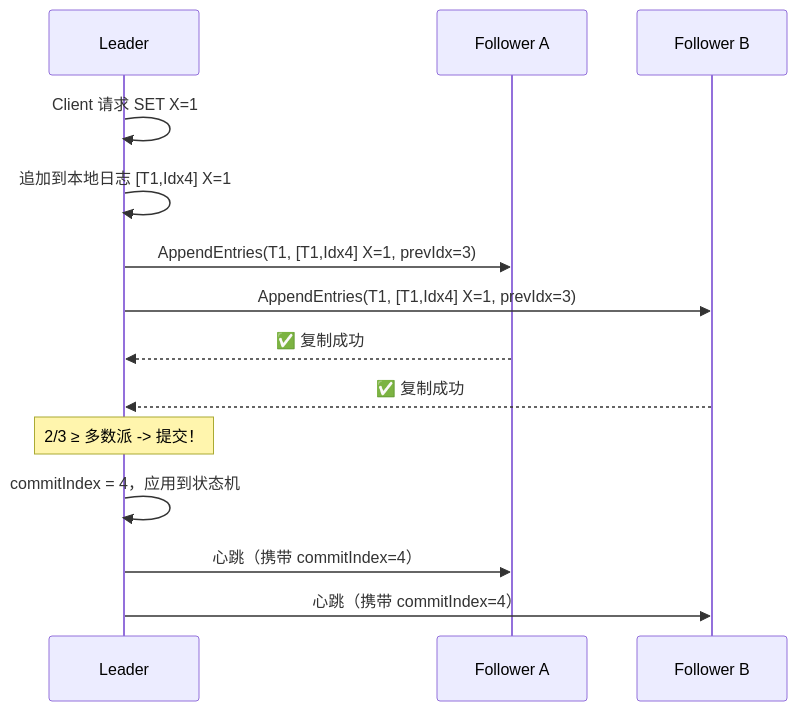
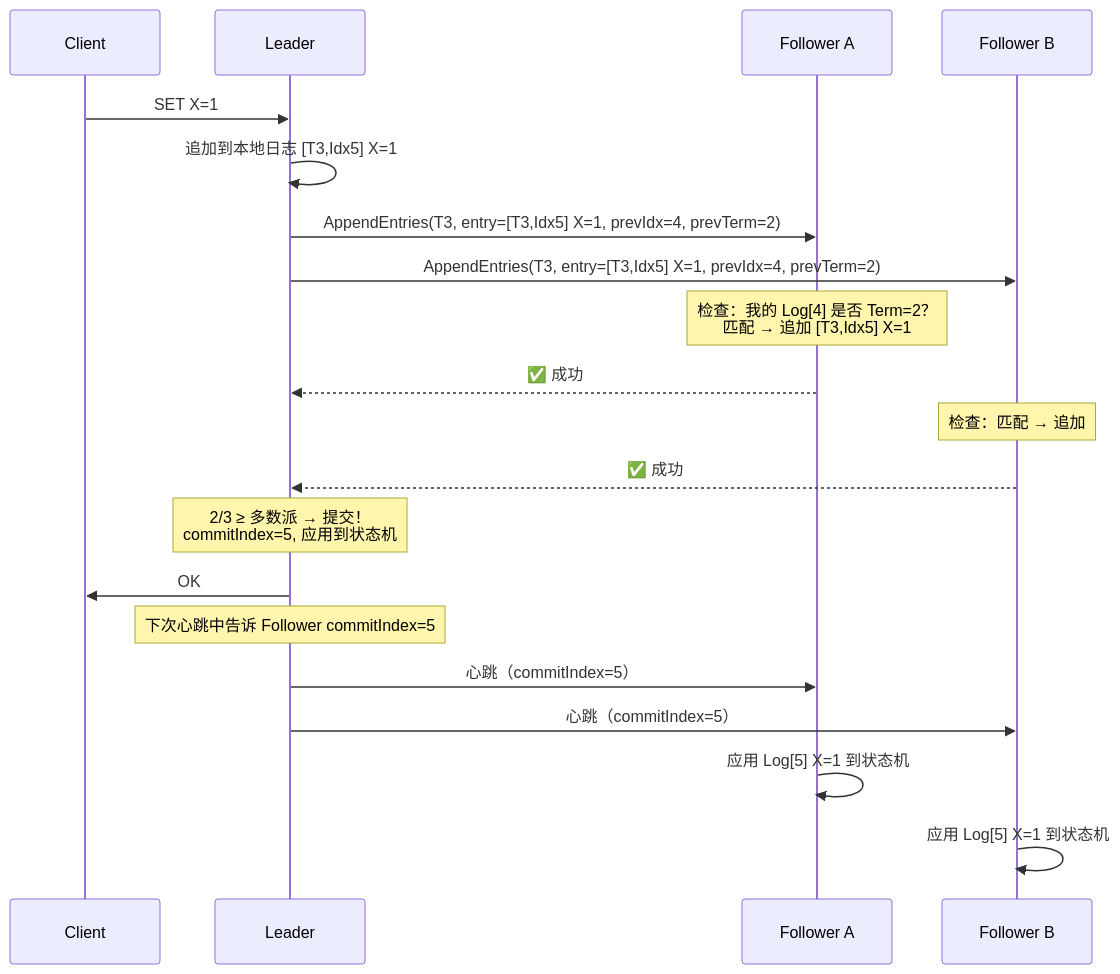
The third of 4 diagrams in content/posts/分布式/Raft共识算法图解——从选主到日志复制.md (guozy502/my-tech-blog), drawn with Mermaid before and after one commit. The commit also changed other lines of this file and 52 other files, not shown here.

````diff
--- a/content/posts/分布式/Raft共识算法图解——从选主到日志复制.md
+++ b/content/posts/分布式/Raft共识算法图解——从选主到日志复制.md
@@ -123,19 +114,27 @@
 ```mermaid
 sequenceDiagram
+    participant C as Client
     participant L as Leader
     participant F1 as Follower A
     participant F2 as Follower B
     
-    L->>L: Client 请求 SET X=1
-    L->>L: 追加到本地日志 [T1,Idx4] X=1
-    L->>F1: AppendEntries(T1, [T1,Idx4] X=1, prevIdx=3)
-    L->>F2: AppendEntries(T1, [T1,Idx4] X=1, prevIdx=3)
+    C->>L: SET X=1
+    L->>L: 追加到本地日志 [T3,Idx5] X=1
+    L->>F1: AppendEntries(T3, entry=[T3,Idx5] X=1, prevIdx=4, prevTerm=2)
+    L->>F2: AppendEntries(T3, entry=[T3,Idx5] X=1, prevIdx=4, prevTerm=2)
     
-    F1-->>L: ✅ 复制成功
-    F2-->>L: ✅ 复制成功
+    Note over F1: 检查：我的 Log[4] 是否 Term=2？<br/>匹配 → 追加 [T3,Idx5] X=1
+    F1-->>L: ✅ 成功
     
-    Note over L: 2/3 ≥ 多数派 -> 提交！
-    L->>L: commitIndex = 4，应用到状态机
-    L->>F1: 心跳（携带 commitIndex=4）
-    L->>F2: 心跳（携带 commitIndex=4）
+    Note over F2: 检查：匹配 → 追加
+    F2-->>L: ✅ 成功
+    
+    Note over L: 2/3 ≥ 多数派 → 提交！<br/>commitIndex=5, 应用到状态机
+    L->>C: OK
+    
+    Note over L: 下次心跳中告诉 Follower commitIndex=5
+    L->>F1: 心跳（commitIndex=5）
+    L->>F2: 心跳（commitIndex=5）
+    F1->>F1: 应用 Log[5] X=1 到状态机
+    F2->>F2: 应用 Log[5] X=1 到状态机
 ```
````
